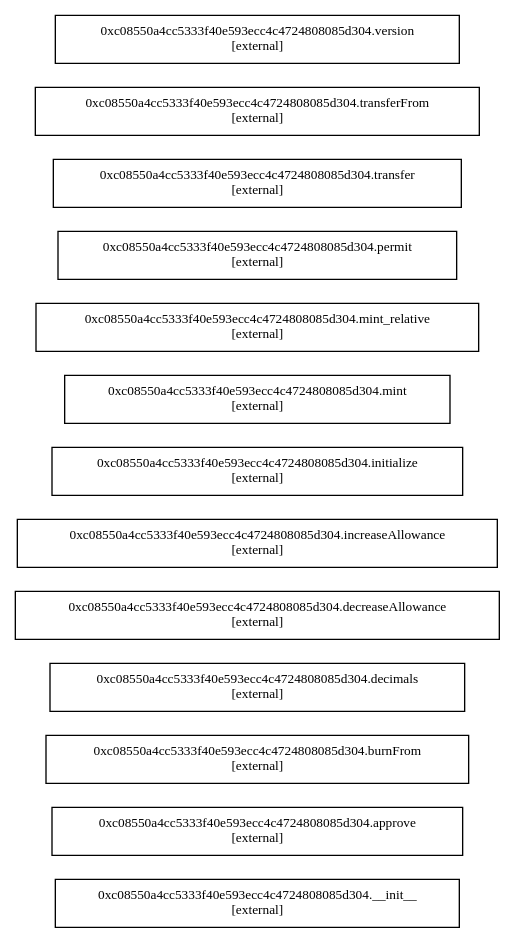
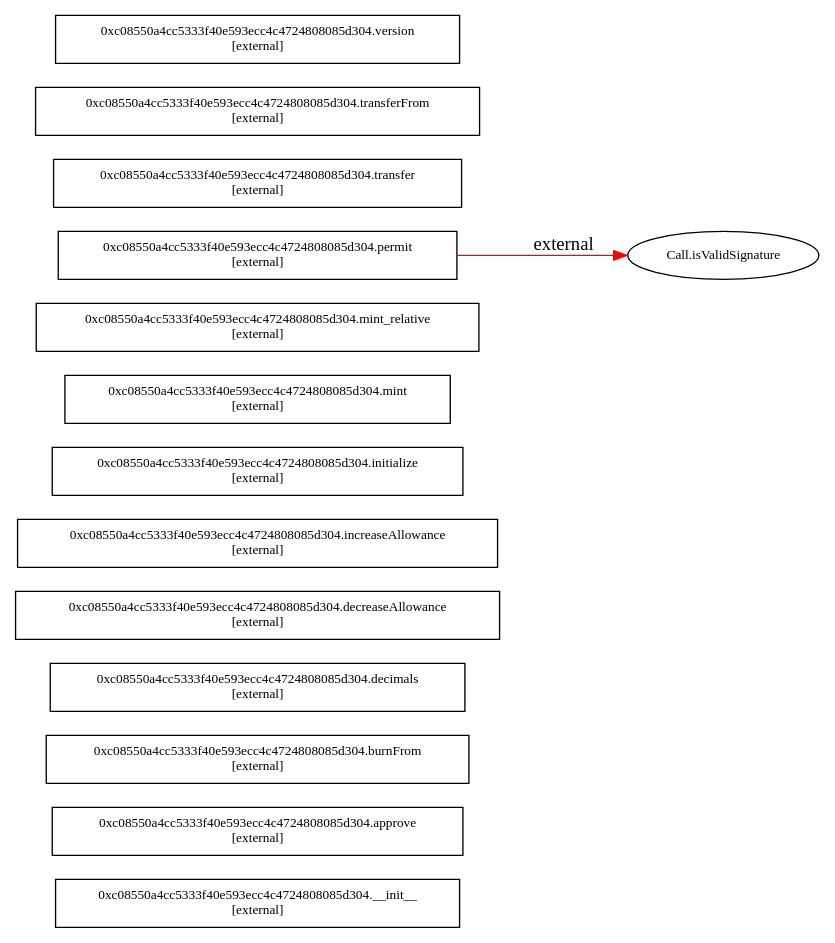
The diagram in Etherscan/Results/0xc08550a4cc5333f40e593ecc4c4724808085d304.callgraph.dot (pc9527zxx/ca_preprocess), drawn with Graphviz before and after one commit. The commit also changed 53 other files, not shown here.

```diff
--- a/Etherscan/Results/0xc08550a4cc5333f40e593ecc4c4724808085d304.callgraph.dot
+++ b/Etherscan/Results/0xc08550a4cc5333f40e593ecc4c4724808085d304.callgraph.dot
@@ -1,17 +1,19 @@
 digraph "callgraph" {
   rankdir=LR;
-  node [shape=box, fontsize=10];
-  "0xc08550a4cc5333f40e593ecc4c4724808085d304::__init__" [label="0xc08550a4cc5333f40e593ecc4c4724808085d304.__init__\n[external]"];
-  "0xc08550a4cc5333f40e593ecc4c4724808085d304::approve" [label="0xc08550a4cc5333f40e593ecc4c4724808085d304.approve\n[external]"];
-  "0xc08550a4cc5333f40e593ecc4c4724808085d304::burnFrom" [label="0xc08550a4cc5333f40e593ecc4c4724808085d304.burnFrom\n[external]"];
-  "0xc08550a4cc5333f40e593ecc4c4724808085d304::decimals" [label="0xc08550a4cc5333f40e593ecc4c4724808085d304.decimals\n[external]"];
-  "0xc08550a4cc5333f40e593ecc4c4724808085d304::decreaseAllowance" [label="0xc08550a4cc5333f40e593ecc4c4724808085d304.decreaseAllowance\n[external]"];
-  "0xc08550a4cc5333f40e593ecc4c4724808085d304::increaseAllowance" [label="0xc08550a4cc5333f40e593ecc4c4724808085d304.increaseAllowance\n[external]"];
-  "0xc08550a4cc5333f40e593ecc4c4724808085d304::initialize" [label="0xc08550a4cc5333f40e593ecc4c4724808085d304.initialize\n[external]"];
-  "0xc08550a4cc5333f40e593ecc4c4724808085d304::mint" [label="0xc08550a4cc5333f40e593ecc4c4724808085d304.mint\n[external]"];
-  "0xc08550a4cc5333f40e593ecc4c4724808085d304::mint_relative" [label="0xc08550a4cc5333f40e593ecc4c4724808085d304.mint_relative\n[external]"];
-  "0xc08550a4cc5333f40e593ecc4c4724808085d304::permit" [label="0xc08550a4cc5333f40e593ecc4c4724808085d304.permit\n[external]"];
-  "0xc08550a4cc5333f40e593ecc4c4724808085d304::transfer" [label="0xc08550a4cc5333f40e593ecc4c4724808085d304.transfer\n[external]"];
-  "0xc08550a4cc5333f40e593ecc4c4724808085d304::transferFrom" [label="0xc08550a4cc5333f40e593ecc4c4724808085d304.transferFrom\n[external]"];
-  "0xc08550a4cc5333f40e593ecc4c4724808085d304::version" [label="0xc08550a4cc5333f40e593ecc4c4724808085d304.version\n[external]"];
+  node [fontsize=10];
+  "0xc08550a4cc5333f40e593ecc4c4724808085d304::__init__" [label="0xc08550a4cc5333f40e593ecc4c4724808085d304.__init__\n[external]", shape="box"];
+  "0xc08550a4cc5333f40e593ecc4c4724808085d304::approve" [label="0xc08550a4cc5333f40e593ecc4c4724808085d304.approve\n[external]", shape="box"];
+  "0xc08550a4cc5333f40e593ecc4c4724808085d304::burnFrom" [label="0xc08550a4cc5333f40e593ecc4c4724808085d304.burnFrom\n[external]", shape="box"];
+  "0xc08550a4cc5333f40e593ecc4c4724808085d304::decimals" [label="0xc08550a4cc5333f40e593ecc4c4724808085d304.decimals\n[external]", shape="box"];
+  "0xc08550a4cc5333f40e593ecc4c4724808085d304::decreaseAllowance" [label="0xc08550a4cc5333f40e593ecc4c4724808085d304.decreaseAllowance\n[external]", shape="box"];
+  "0xc08550a4cc5333f40e593ecc4c4724808085d304::increaseAllowance" [label="0xc08550a4cc5333f40e593ecc4c4724808085d304.increaseAllowance\n[external]", shape="box"];
+  "0xc08550a4cc5333f40e593ecc4c4724808085d304::initialize" [label="0xc08550a4cc5333f40e593ecc4c4724808085d304.initialize\n[external]", shape="box"];
+  "0xc08550a4cc5333f40e593ecc4c4724808085d304::mint" [label="0xc08550a4cc5333f40e593ecc4c4724808085d304.mint\n[external]", shape="box"];
+  "0xc08550a4cc5333f40e593ecc4c4724808085d304::mint_relative" [label="0xc08550a4cc5333f40e593ecc4c4724808085d304.mint_relative\n[external]", shape="box"];
+  "0xc08550a4cc5333f40e593ecc4c4724808085d304::permit" [label="0xc08550a4cc5333f40e593ecc4c4724808085d304.permit\n[external]", shape="box"];
+  "0xc08550a4cc5333f40e593ecc4c4724808085d304::transfer" [label="0xc08550a4cc5333f40e593ecc4c4724808085d304.transfer\n[external]", shape="box"];
+  "0xc08550a4cc5333f40e593ecc4c4724808085d304::transferFrom" [label="0xc08550a4cc5333f40e593ecc4c4724808085d304.transferFrom\n[external]", shape="box"];
+  "0xc08550a4cc5333f40e593ecc4c4724808085d304::version" [label="0xc08550a4cc5333f40e593ecc4c4724808085d304.version\n[external]", shape="box"];
+  "unknown::Call.isValidSignature" [label="Call.isValidSignature", shape="ellipse"];
+  "0xc08550a4cc5333f40e593ecc4c4724808085d304::permit" -> "unknown::Call.isValidSignature" [label="external", color="red"];
 }
```
